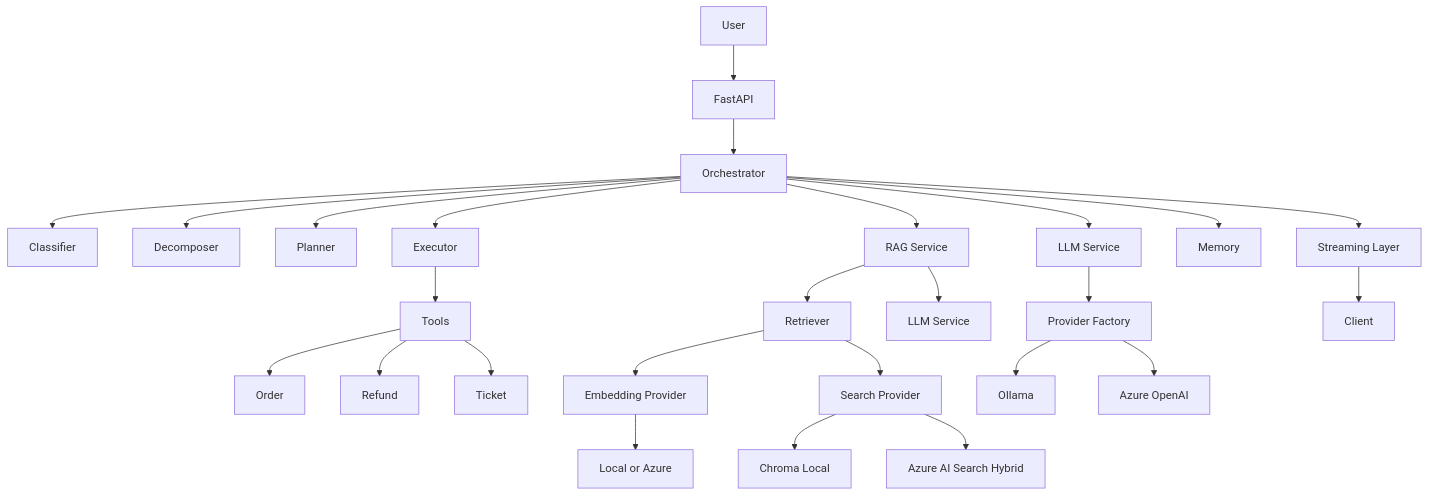
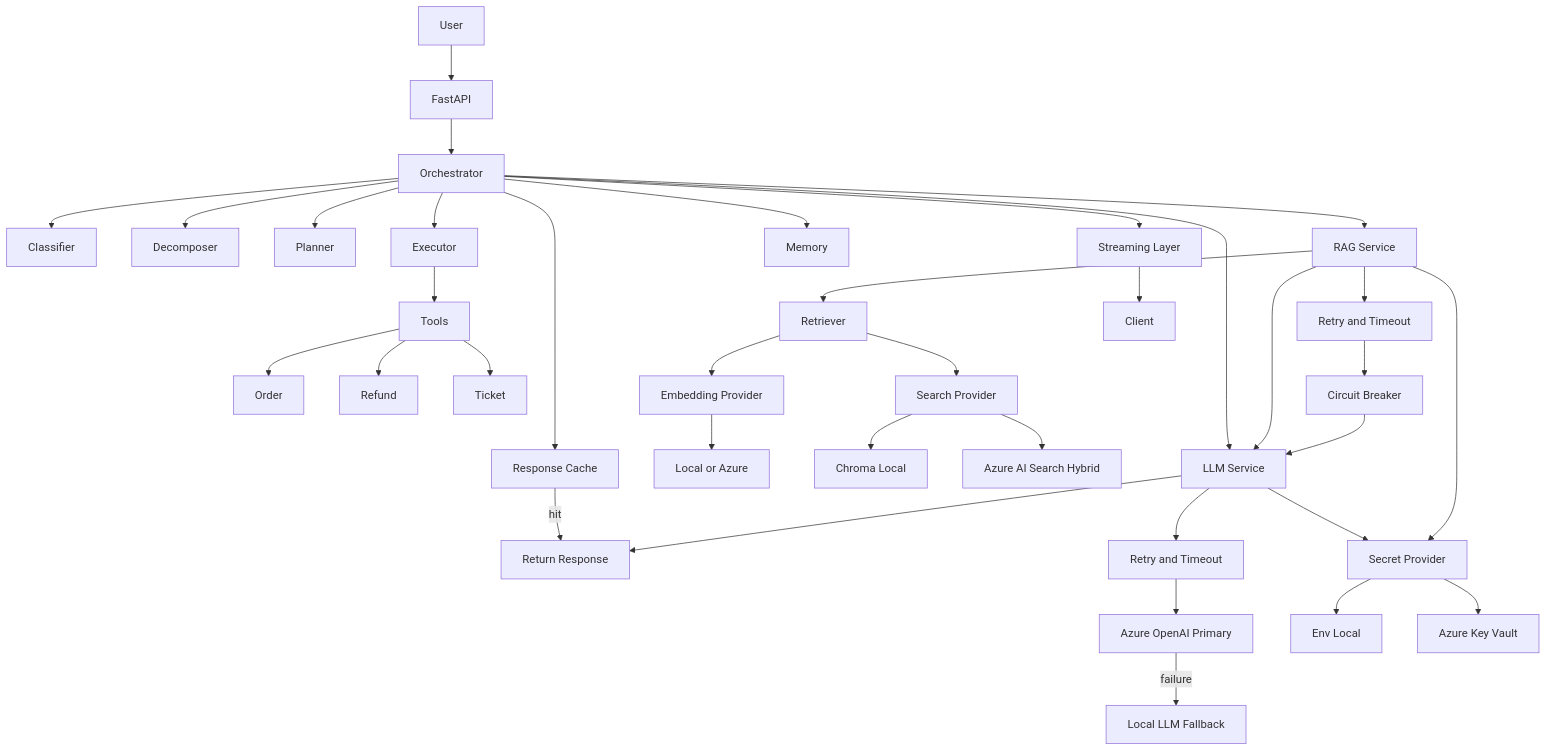
The diagram in readme.md (areddy1805/ai-customer-copilot), drawn with Mermaid before and after one commit. The commit also changed other lines of this file, not shown here.

Commit message:
feat(readme): document key vault, fallback, retry, circuit breaker, and caching architecture

````diff
--- a/readme.md
+++ b/readme.md
@@ -118,42 +164,65 @@
 ```mermaid
 flowchart TD
 
 A[User] --> B[FastAPI]
 
 B --> C[Orchestrator]
 
+%% ================= CORE =================
 C --> D[Classifier]
 C --> E[Decomposer]
 C --> F[Planner]
 C --> G[Executor]
 
+%% ================= CACHE =================
+C --> CA[Response Cache]
+CA -->|hit| Z[Return Response]
+
+%% ================= TOOLS =================
 G --> H[Tools]
 H --> H1[Order]
 H --> H2[Refund]
 H --> H3[Ticket]
 
+%% ================= RAG =================
 C --> I[RAG Service]
 
 I --> I1[Retriever]
 I1 --> I2[Embedding Provider]
 I2 --> I3[Local or Azure]
 
 I1 --> I4[Search Provider]
-
 I4 --> I5[Chroma Local]
 I4 --> I6[Azure AI Search Hybrid]
 
-I --> I7[LLM Service]
+%% ================= RESILIENCE (RAG) =================
+I --> R1[Retry and Timeout]
+R1 --> R2[Circuit Breaker]
 
+%% ================= LLM =================
 C --> J[LLM Service]
+I --> J
 
-J --> K[Provider Factory]
-K --> L[Ollama]
-K --> M[Azure OpenAI]
+%% ================= LLM INTERNAL =================
+J --> J1[Retry and Timeout]
+J1 --> J2[Azure OpenAI Primary]
+J2 -->|failure| J3[Local LLM Fallback]
 
+%% ================= SECRETS =================
+J --> S[Secret Provider]
+S --> S1[Env Local]
+S --> S2[Azure Key Vault]
+
+I --> S
+
+%% ================= MEMORY =================
 C --> N[Memory]
 
+%% ================= STREAM =================
 C --> O[Streaming Layer]
+O --> P[Client]
 
-O --> P[Client]
+%% ================= FINAL =================
+J --> Z
+R2 --> J
 ```
````
